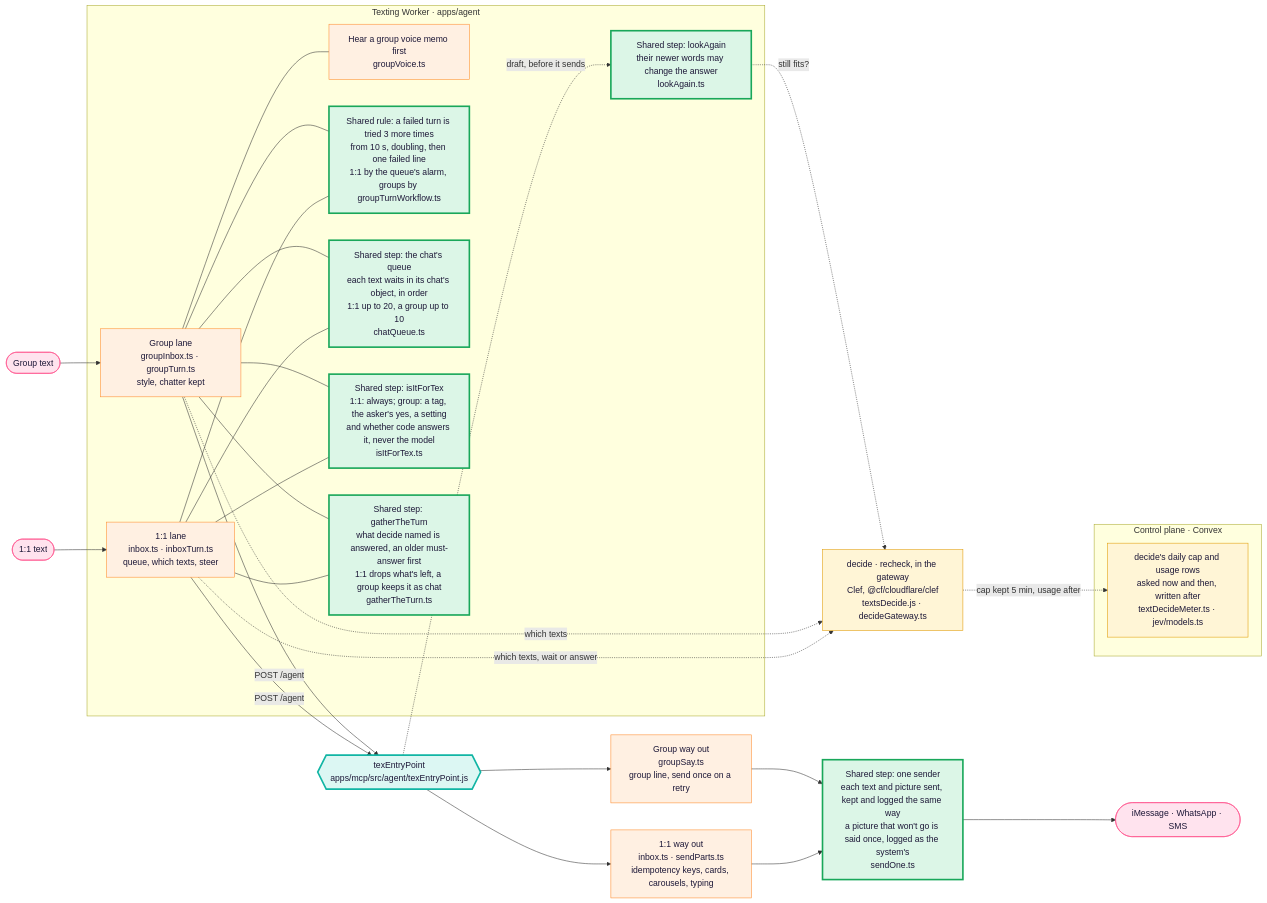
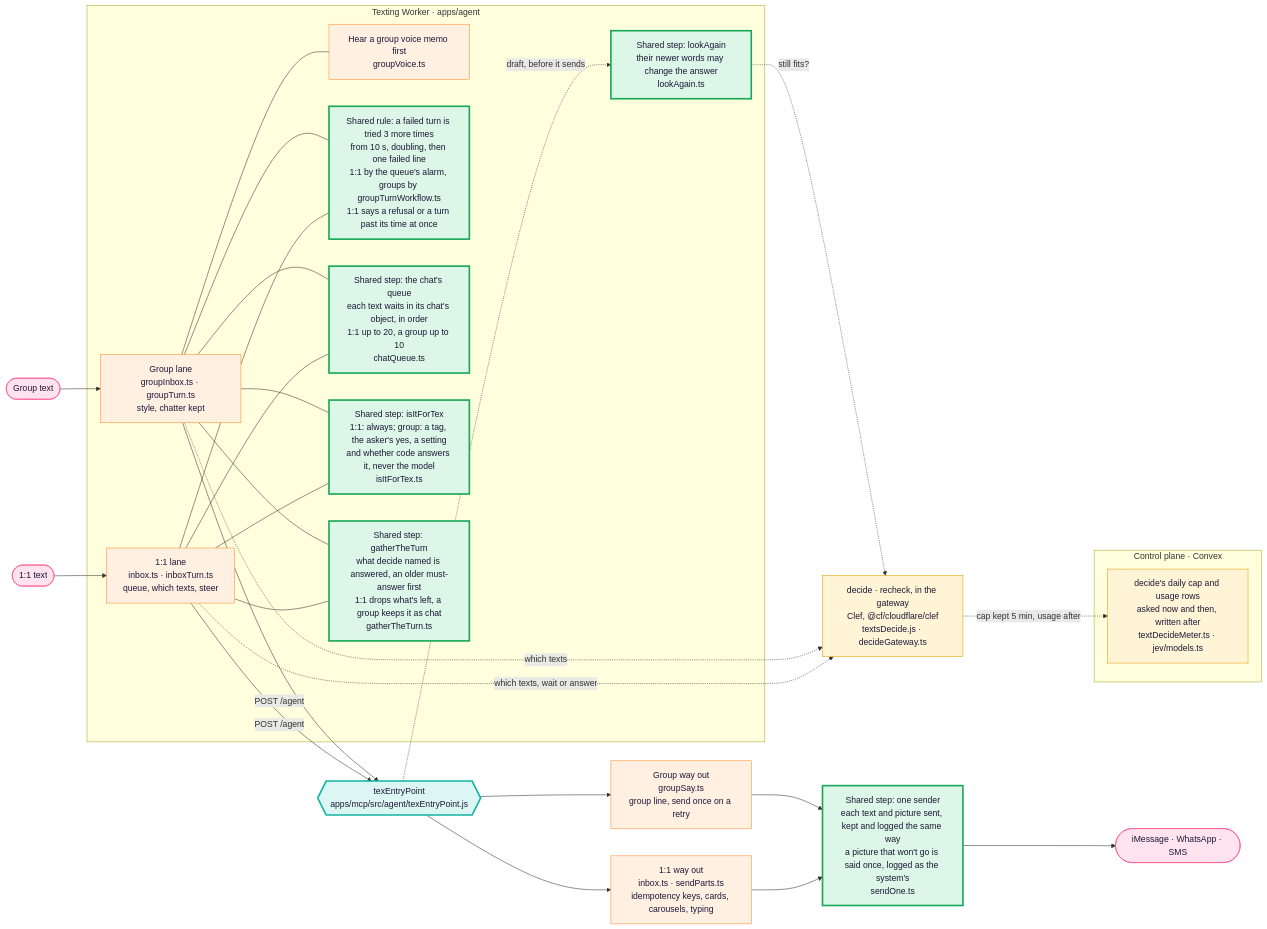
The first of 3 diagrams in docs/architecture/tex.md (Supa-Media/context), drawn with Mermaid before and after one commit. The commit also changed other lines of this file and 7 other files, not shown here.

````diff
--- a/docs/architecture/tex.md
+++ b/docs/architecture/tex.md
@@ -22,46 +22,46 @@
 ```mermaid
 flowchart LR
   P1([1:1 text]):::you --> W1
   P2([Group text]):::you --> W2
   subgraph Worker["Texting Worker · apps/agent"]
     W1["1:1 lane<br/>inbox.ts · inboxTurn.ts<br/>queue, which texts, steer"]:::pipe
     W2["Group lane<br/>groupInbox.ts · groupTurn.ts<br/>style, chatter kept"]:::pipe
     H["Hear a group voice memo first<br/>groupVoice.ts"]:::pipe
     W2 --- H
     LA["Shared step: lookAgain<br/>their newer words may change the answer<br/>lookAgain.ts"]:::shared
-    RT["Shared rule: a failed turn is tried 3 more times<br/>from 10 s, doubling, then one failed line<br/>1:1 by the queue's alarm, groups by groupTurnWorkflow.ts"]:::shared
+    RT["Shared rule: a failed turn is tried 3 more times<br/>from 10 s, doubling, then one failed line<br/>1:1 by the queue's alarm, groups by groupTurnWorkflow.ts<br/>1:1 says a refusal or a turn past its time at once"]:::shared
     W1 --- RT
     W2 --- RT
     Q["Shared step: the chat's queue<br/>each text waits in its chat's object, in order<br/>1:1 up to 20, a group up to 10<br/>chatQueue.ts"]:::shared
     W1 --- Q
     W2 --- Q
     FT["Shared step: isItForTex<br/>1:1: always; group: a tag, the asker's yes, a setting<br/>and whether code answers it, never the model<br/>isItForTex.ts"]:::shared
     W1 --- FT
     W2 --- FT
     GT["Shared step: gatherTheTurn<br/>what decide named is answered, an older must-answer first<br/>1:1 drops what's left, a group keeps it as chat<br/>gatherTheTurn.ts"]:::shared
     W1 --- GT
     W2 --- GT
   end
   D["decide · recheck, in the gateway<br/>Clef, @cf/cloudflare/clef<br/>textsDecide.js · decideGateway.ts"]:::judge
   subgraph Control["Control plane · Convex"]
     CAP["decide's daily cap and usage rows<br/>asked now and then, written after<br/>textDecideMeter.ts · jev/models.ts"]:::judge
   end
   D -. cap kept 5 min, usage after .-> CAP
   W1 -. which texts, wait or answer .-> D
   W2 -. which texts .-> D
   E -. draft, before it sends .-> LA
   LA -. still fits? .-> D
   W1 -->|POST /agent| E
   W2 -->|POST /agent| E
   E{{"texEntryPoint<br/>apps/mcp/src/agent/texEntryPoint.js"}}:::door
   E --> S1["1:1 way out<br/>inbox.ts · sendParts.ts<br/>idempotency keys, cards, carousels, typing"]:::pipe
   E --> S2["Group way out<br/>groupSay.ts<br/>group line, send once on a retry"]:::pipe
   S1 --> SO["Shared step: one sender<br/>each text and picture sent, kept and logged the same way<br/>a picture that won't go is said once, logged as the system's<br/>sendOne.ts"]:::shared
   S2 --> SO
   SO --> Out([iMessage · WhatsApp · SMS]):::you
   classDef you fill:#ffe3ee,stroke:#ff4f8b,color:#1d1838
   classDef pipe fill:#fff0e2,stroke:#ff8a2a,color:#1d1838
   classDef door fill:#dcf7f3,stroke:#11b5a4,stroke-width:3px,color:#1d1838
   classDef judge fill:#fff5d6,stroke:#e09a00,color:#1d1838
   classDef shared fill:#dcf6e7,stroke:#19a75a,stroke-width:3px,color:#1d1838
 ```
````
